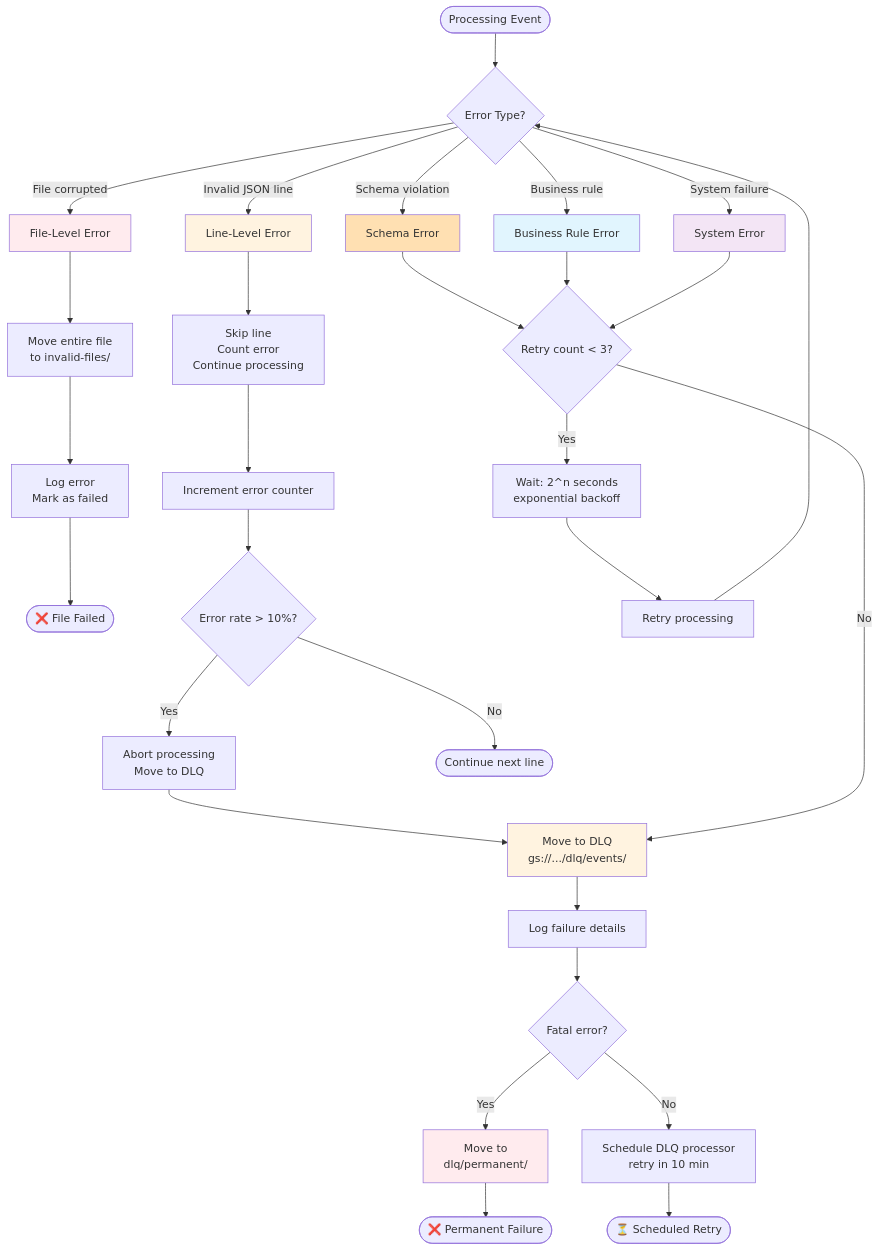
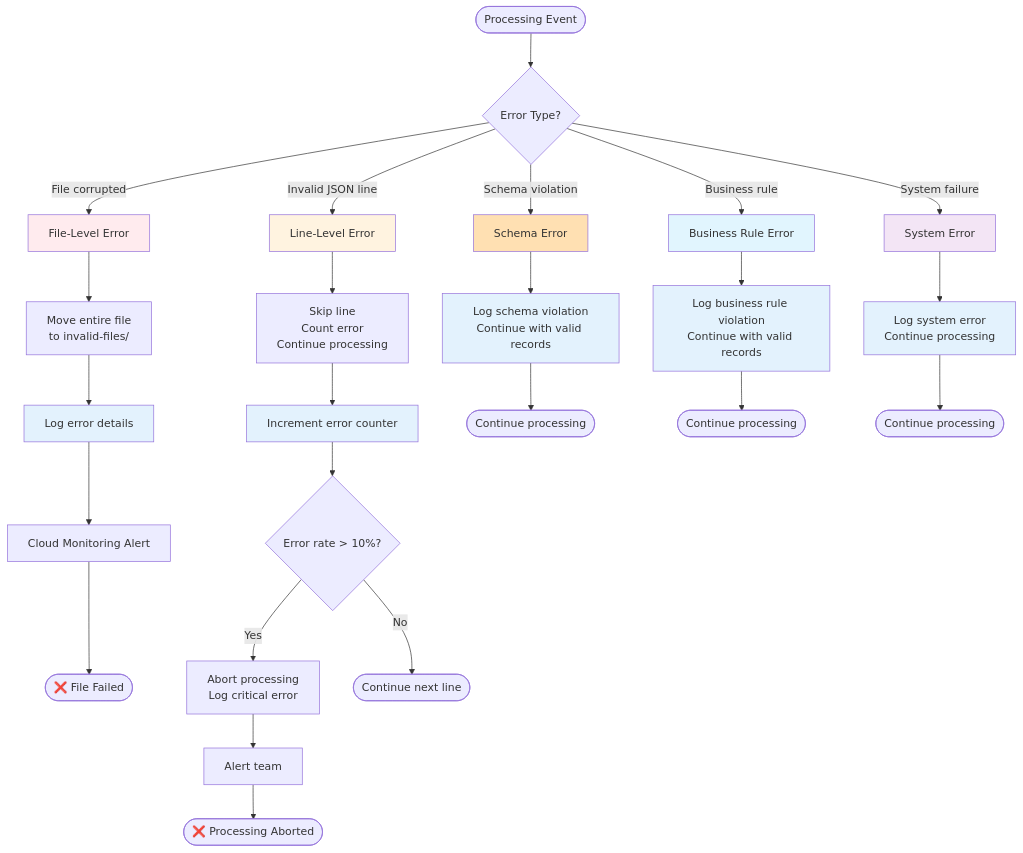
The first of 2 diagrams in design/github_archive/phase2_process_files/diagrams/09_error_handling.md (prateekpanjla-outlook/gcp_data_proc), drawn with Mermaid before and after one commit. The commit also changed other lines of this file and 8 other files, not shown here.

First line of the commit message:
refactor: simplify Phase 2 architecture - remove Firestore tracking

````diff
--- a/design/github_archive/phase2_process_files/diagrams/09_error_handling.md
+++ b/design/github_archive/phase2_process_files/diagrams/09_error_handling.md
@@ -3,47 +3,42 @@
 ```mermaid
 graph TD
     Start([Processing Event]) --> Check{Error Type?}
 
     Check -->|File corrupted| FileErr[File-Level Error]
     Check -->|Invalid JSON line| LineErr[Line-Level Error]
     Check -->|Schema violation| SchemaErr[Schema Error]
     Check -->|Business rule| BizErr[Business Rule Error]
     Check -->|System failure| SysErr[System Error]
 
     FileErr --> FileAction[Move entire file<br>to invalid-files/]
-    FileAction --> LogFile[Log error<br>Mark as failed]
-    LogFile --> EndFile([❌ File Failed])
+    FileAction --> LogFile[Log error details]
+    LogFile --> AlertFile[Cloud Monitoring Alert]
+    AlertFile --> EndFile([❌ File Failed])
 
     LineErr --> LineAction[Skip line<br>Count error<br>Continue processing]
     LineAction --> LogLine[Increment error counter]
     LogLine --> CheckRate{Error rate > 10%?}
-    CheckRate -->|Yes| Abort[Abort processing<br>Move to DLQ]
+    CheckRate -->|Yes| Abort[Abort processing<br>Log critical error]
     CheckRate -->|No| ContinueLine([Continue next line])
-    Abort --> DLQ
+    Abort --> AlertRate[Alert team]
+    AlertRate --> EndAbort([❌ Processing Aborted])
 
-    SchemaErr --> Retry{Retry count < 3?}
-    BizErr --> Retry
-    SysErr --> Retry
+    SchemaErr --> LogSchema[Log schema violation<br>Continue with valid records]
+    BizErr --> LogBiz[Log business rule violation<br>Continue with valid records]
+    SysErr --> LogSys[Log system error<br>Continue processing]
 
-    Retry -->|Yes| Wait[Wait: 2^n seconds<br>exponential backoff]
-    Wait --> RetryLoop[Retry processing]
-    RetryLoop --> Check
-
-    Retry -->|No| DLQ[Move to DLQ<br>gs://.../dlq/events/]
-    DLQ --> LogDLQ[Log failure details]
-    LogDLQ --> CheckFatal{Fatal error?}
-
-    CheckFatal -->|Yes| Permanent[Move to<br>dlq/permanent/]
-    CheckFatal -->|No| ScheduleRetry[Schedule DLQ processor<br>retry in 10 min]
-
-    Permanent --> EndPerm([❌ Permanent Failure])
-    ScheduleRetry --> EndRetry([⏳ Scheduled Retry])
+    LogSchema --> ContinueSchema([Continue processing])
+    LogBiz --> ContinueBiz([Continue processing])
+    LogSys --> ContinueSys([Continue processing])
 
     style FileErr fill:#ffebee
     style LineErr fill:#fff3e0
     style SchemaErr fill:#ffe0b2
     style BizErr fill:#e1f5fe
     style SysErr fill:#f3e5f5
-    style DLQ fill:#fff3e0
-    style Permanent fill:#ffebee
+    style LogFile fill:#e3f2fd
+    style LogLine fill:#e3f2fd
+    style LogSchema fill:#e3f2fd
+    style LogBiz fill:#e3f2fd
+    style LogSys fill:#e3f2fd
 ```
````
